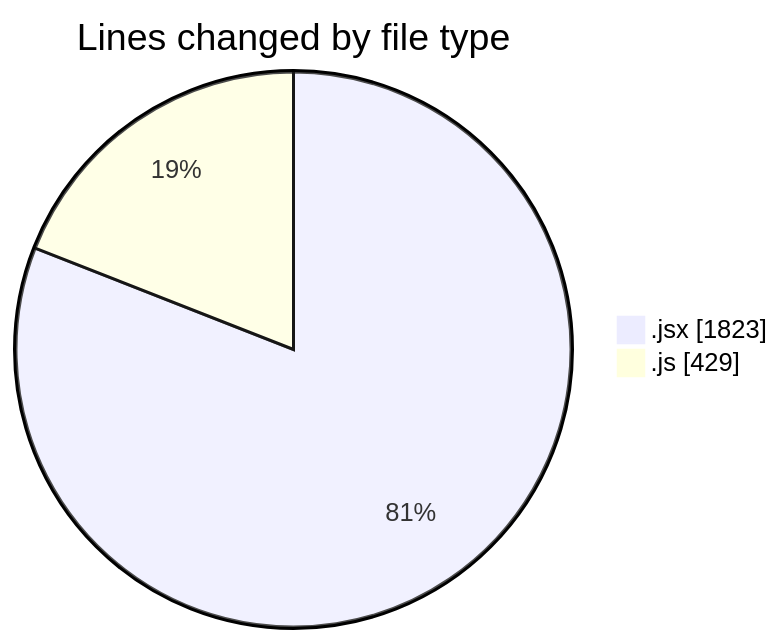
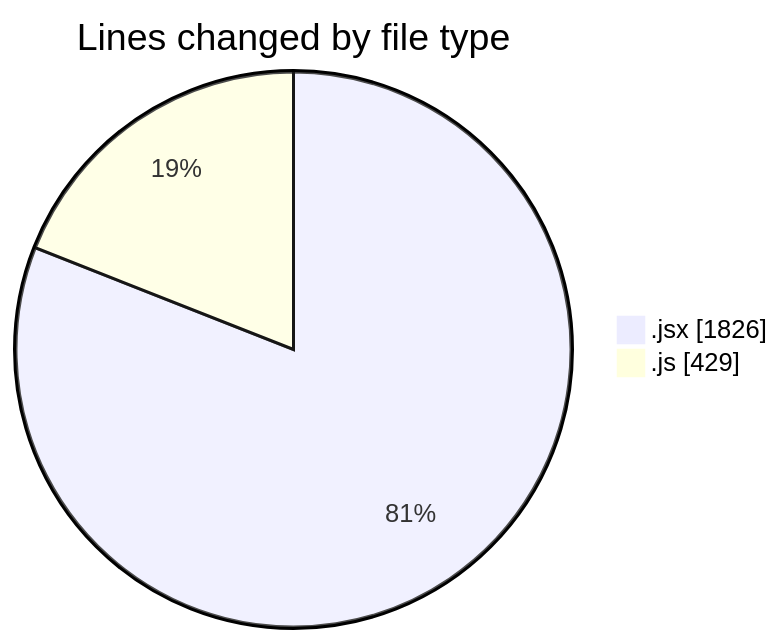
One commit to nxtqubesakshisongat/code-tracking changed the first of 2 diagrams in 2025-06-03/nxtqube_webapp/README.md. Above: the diagram before and after it, drawn with Mermaid. The commit also changed other lines of this file and 1 other file, not shown here.

````diff
--- a/2025-06-03/nxtqube_webapp/README.md
+++ b/2025-06-03/nxtqube_webapp/README.md
@@ -21,6 +21,6 @@
 ```mermaid
 pie showData
 title Lines changed by file type
-".jsx" : 1823
+".jsx" : 1826
 ".js" : 429
 ```
````
